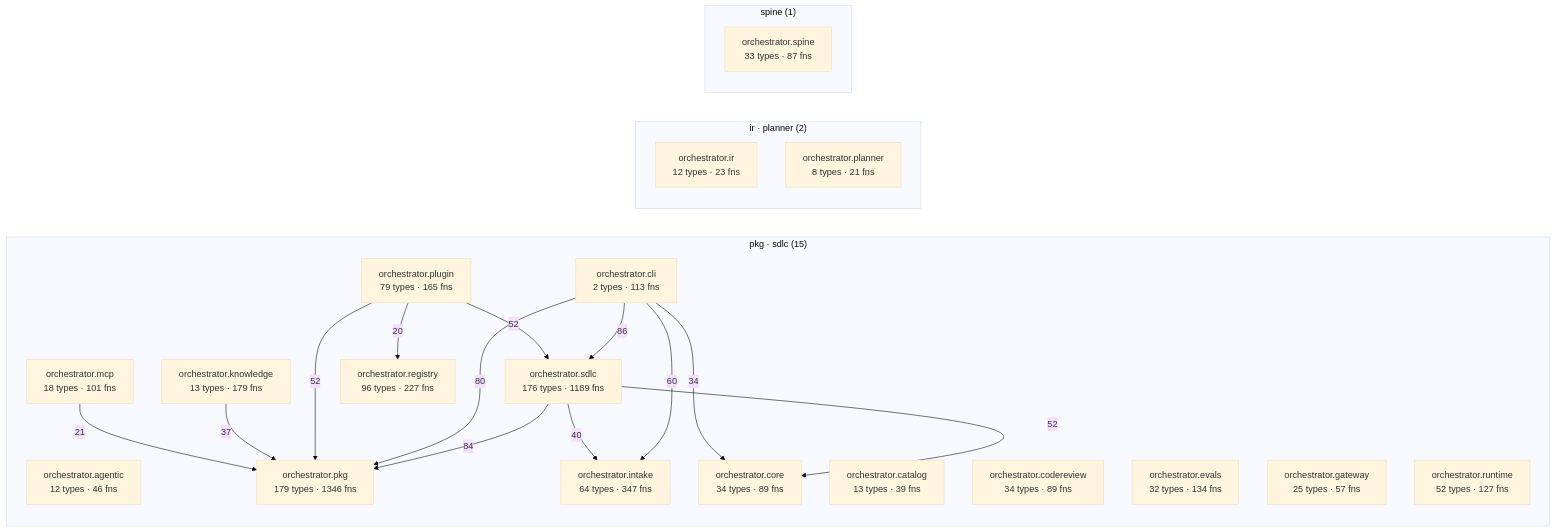
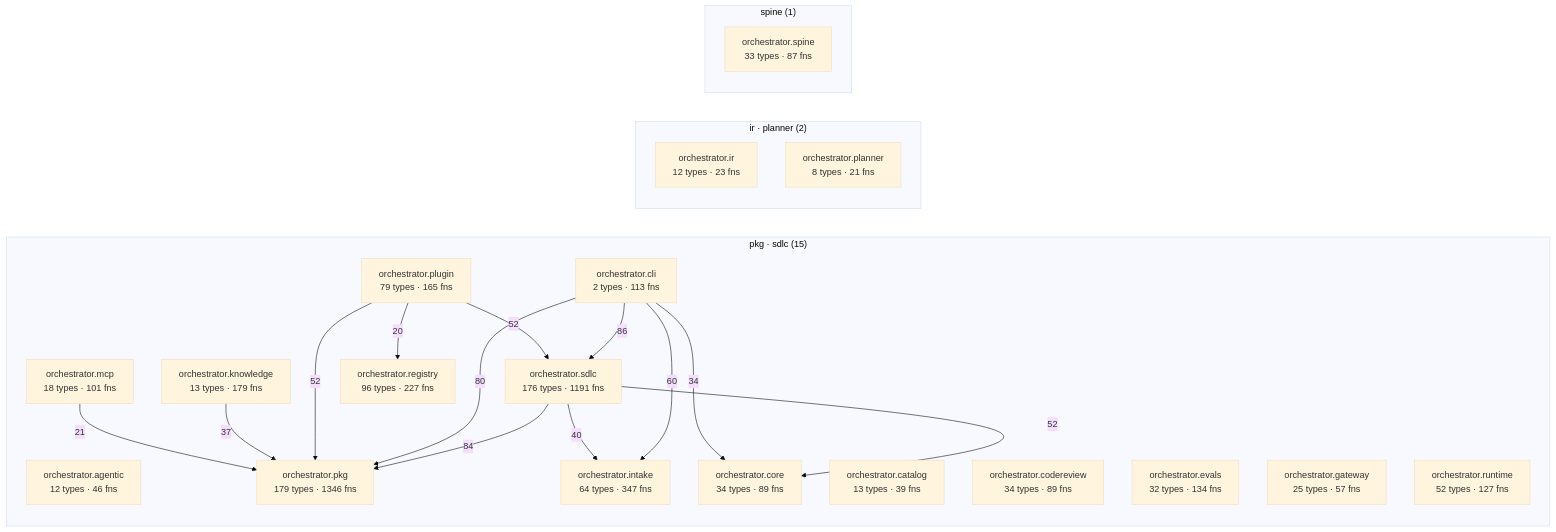
Before and after one commit to synaptixs/spine: the diagram in episteme/architecture.md, drawn with Mermaid (base theme). The commit also changed other lines of this file and 16 other files, not shown here.

````diff
--- a/episteme/architecture.md
+++ b/episteme/architecture.md
@@ -56,39 +56,39 @@
 ```mermaid
 flowchart LR
   subgraph c_2["pkg · sdlc (15)"]
     aorchestratoragentic["orchestrator.agentic<br/>12 types · 46 fns"]
     aorchestratorcatalog["orchestrator.catalog<br/>13 types · 39 fns"]
     aorchestratorcli["orchestrator.cli<br/>2 types · 113 fns"]
     aorchestratorcodereview["orchestrator.codereview<br/>34 types · 89 fns"]
     aorchestratorcore["orchestrator.core<br/>34 types · 89 fns"]
     aorchestratorevals["orchestrator.evals<br/>32 types · 134 fns"]
     aorchestratorgateway["orchestrator.gateway<br/>25 types · 57 fns"]
     aorchestratorintake["orchestrator.intake<br/>64 types · 347 fns"]
     aorchestratorknowledge["orchestrator.knowledge<br/>13 types · 179 fns"]
     aorchestratormcp["orchestrator.mcp<br/>18 types · 101 fns"]
     aorchestratorpkg["orchestrator.pkg<br/>179 types · 1346 fns"]
     aorchestratorplugin["orchestrator.plugin<br/>79 types · 165 fns"]
     aorchestratorregistry["orchestrator.registry<br/>96 types · 227 fns"]
     aorchestratorruntime["orchestrator.runtime<br/>52 types · 127 fns"]
-    aorchestratorsdlc["orchestrator.sdlc<br/>176 types · 1189 fns"]
+    aorchestratorsdlc["orchestrator.sdlc<br/>176 types · 1191 fns"]
   end
   subgraph c_5["ir · planner (2)"]
     aorchestratorir["orchestrator.ir<br/>12 types · 23 fns"]
     aorchestratorplanner["orchestrator.planner<br/>8 types · 21 fns"]
   end
   subgraph c_10["spine (1)"]
     aorchestratorspine["orchestrator.spine<br/>33 types · 87 fns"]
   end
   aorchestratorcli -->|86| aorchestratorsdlc
   aorchestratorsdlc -->|84| aorchestratorpkg
   aorchestratorcli -->|80| aorchestratorpkg
   aorchestratorcli -->|60| aorchestratorintake
   aorchestratorplugin -->|52| aorchestratorpkg
   aorchestratorplugin -->|52| aorchestratorsdlc
   aorchestratorsdlc -->|52| aorchestratorcore
   aorchestratorsdlc -->|40| aorchestratorintake
   aorchestratorknowledge -->|37| aorchestratorpkg
   aorchestratorcli -->|34| aorchestratorcore
   aorchestratormcp -->|21| aorchestratorpkg
   aorchestratorplugin -->|20| aorchestratorregistry
 ```
````
